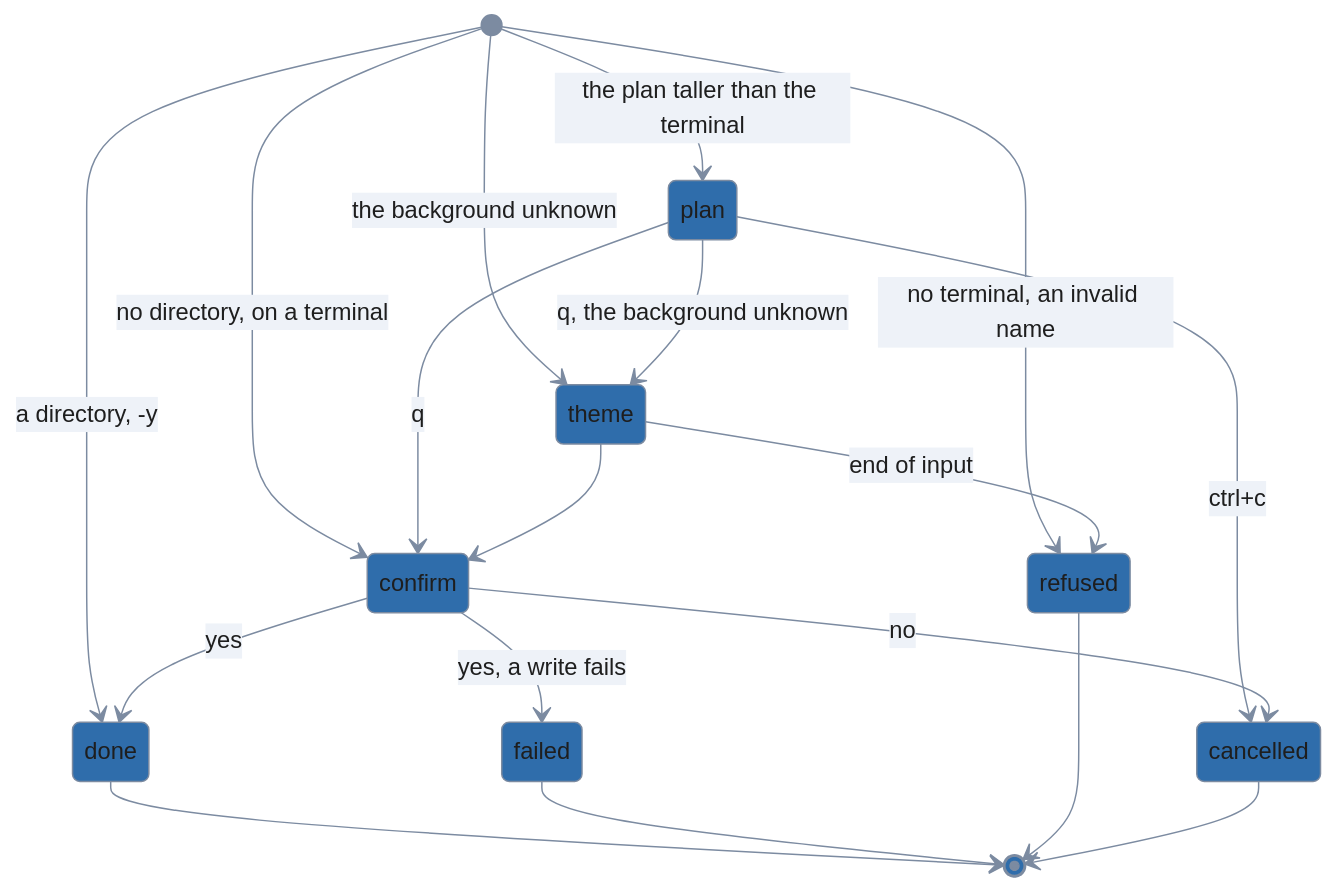
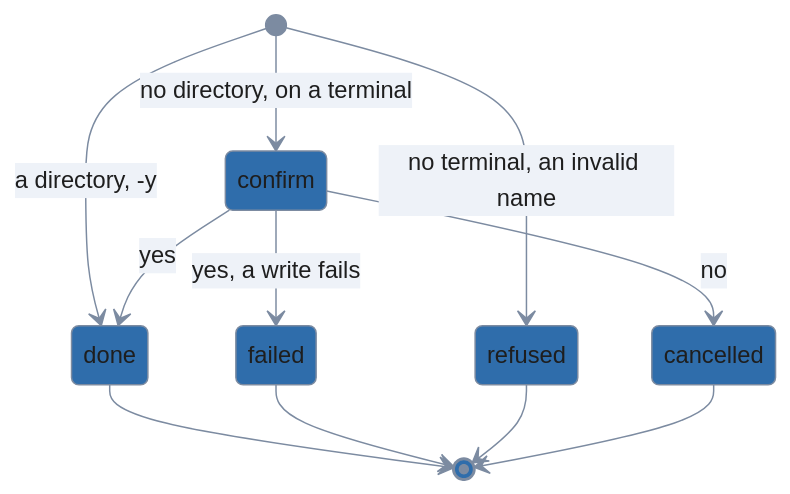
One commit to trevor-vaughan/lola-go changed the eighth of 14 diagrams in docs/architecture/tui-flows.md. Above: the diagram before and after it, drawn with Mermaid. The commit also changed other lines of this file and 33 other files, not shown here.

````diff
--- a/docs/architecture/tui-flows.md
+++ b/docs/architecture/tui-flows.md
@@ -1145,38 +1132,31 @@
 ```mermaid
 %%{init: {'theme': 'base', 'themeVariables': {
   'primaryColor': '#2f6dab',
   'primaryTextColor': '#1e1e1e',
   'primaryBorderColor': '#7c8ba1',
   'lineColor': '#7c8ba1',
   'edgeLabelBackground': '#eef2f8',
   'tertiaryColor': 'transparent',
   'tertiaryTextColor': '#7c8ba1',
   'tertiaryBorderColor': '#7c8ba1',
   'clusterBkg': 'transparent',
   'clusterBorder': '#7c8ba1',
   'titleColor': '#7c8ba1',
   'noteBkgColor': '#eef2f8',
   'noteTextColor': '#1e1e1e',
   'fontFamily': 'system-ui, sans-serif'
 }, 'themeCSS': '.node .nodeLabel{color:#ffffff!important;fill:#ffffff!important;}'}}%%
 stateDiagram-v2
   direction TB
 
   [*] --> confirm: no directory, on a terminal
-  [*] --> plan: the plan taller than the terminal
-  [*] --> theme: the background unknown
   [*] --> done: a directory, -y
   [*] --> refused: no terminal, an invalid name
-  plan --> theme: q, the background unknown
-  plan --> confirm: q
-  plan --> cancelled: ctrl+c
-  theme --> confirm
-  theme --> refused: end of input
   confirm --> done: yes
   confirm --> failed: yes, a write fails
   confirm --> cancelled: no
   done --> [*]
   failed --> [*]
   refused --> [*]
   cancelled --> [*]
 ```
````
